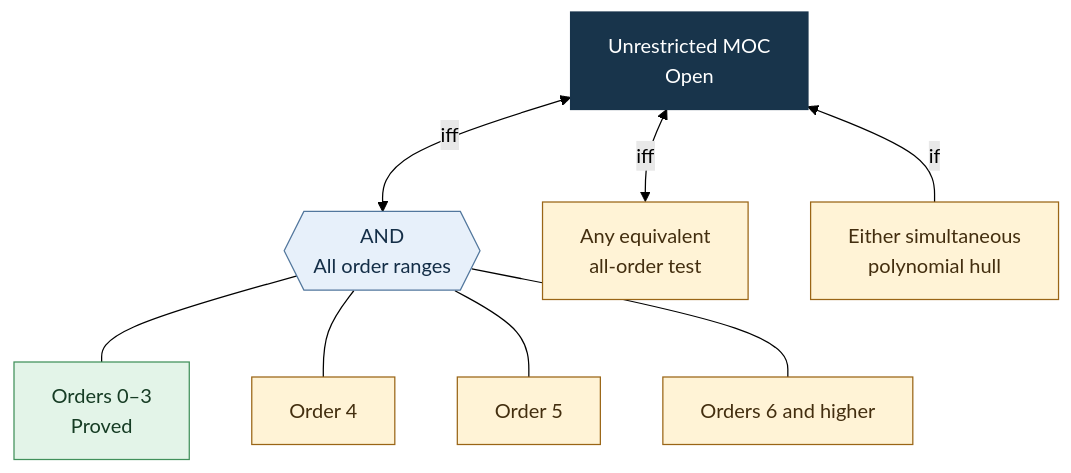
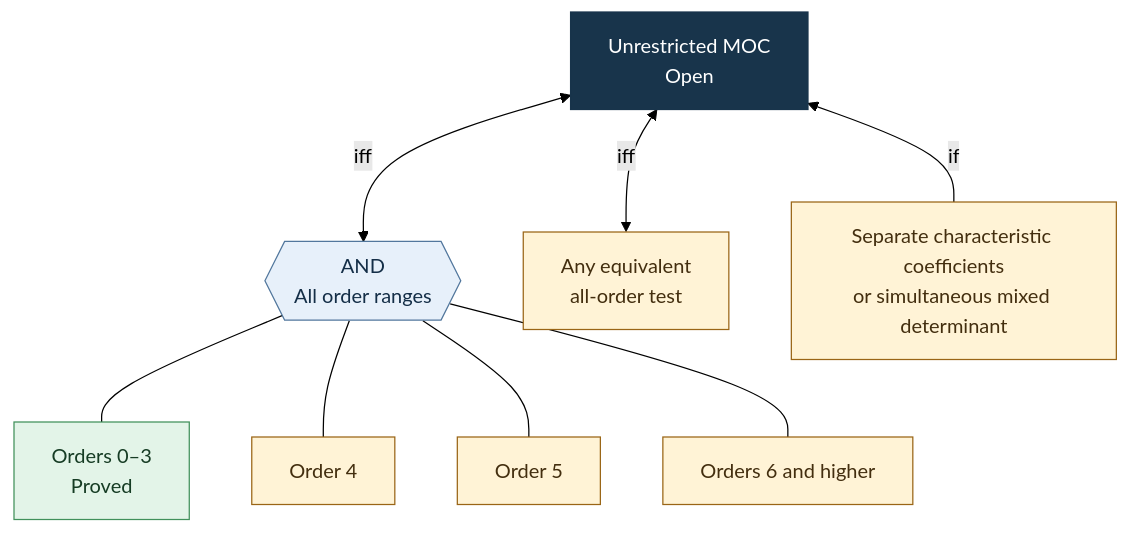
The first of 3 diagrams in README.md (ascendnoosphere/MOC), drawn with Mermaid (forest theme) before and after one commit. The commit also changed other lines of this file and 17 other files, not shown here.

````diff
--- a/README.md
+++ b/README.md
@@ -57,26 +57,26 @@
 ```mermaid
 flowchart BT
     accTitle: Proof routes to unrestricted MOC
-    accDescr: The conjunction of all order ranges and any equivalent test each imply and follow from MOC. Either simultaneous polynomial hull implies MOC.
+    accDescr: The conjunction of all order ranges and any equivalent test each imply and follow from MOC. The separate characteristic coefficients and the simultaneous mixed determinant give sufficient conditions.
     Goal["Unrestricted MOC<br/>Open"]:::goal
     Ranges{{"AND<br/>All order ranges"}}:::join
     Tests["Any equivalent<br/>all-order test"]:::open
-    Polys["Either simultaneous<br/>polynomial hull"]:::open
+    Polys["Separate characteristic coefficients<br/>or simultaneous mixed determinant"]:::open
     Base["Orders 0–3<br/>Proved"]:::proved
     Four["Order 4"]:::open
     Five["Order 5"]:::open
     Higher["Orders 6 and higher"]:::open
 
     Ranges <-->|iff| Goal
     Tests <-->|iff| Goal
     Polys -->|if| Goal
     Base --- Ranges
     Four --- Ranges
     Five --- Ranges
     Higher --- Ranges
 
     classDef goal fill:#18344b,stroke:#18344b,color:#ffffff
     classDef join fill:#e7f0fa,stroke:#52779d,color:#142e47
     classDef open fill:#fff3d6,stroke:#9a6516,color:#432e0f
     classDef proved fill:#e3f4e8,stroke:#41905b,color:#163c24
 ```
````
